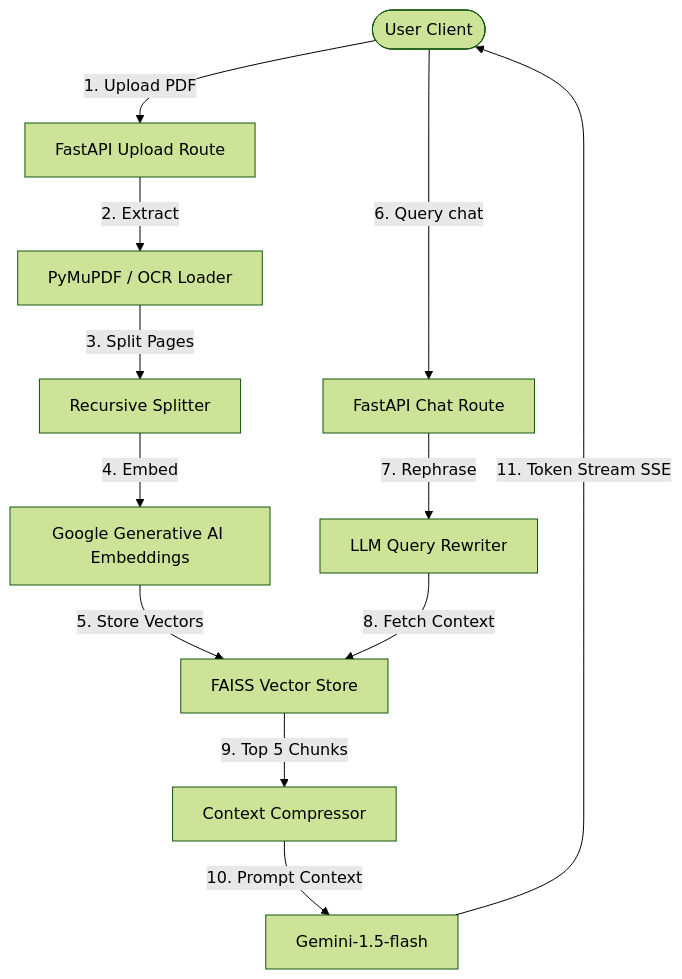
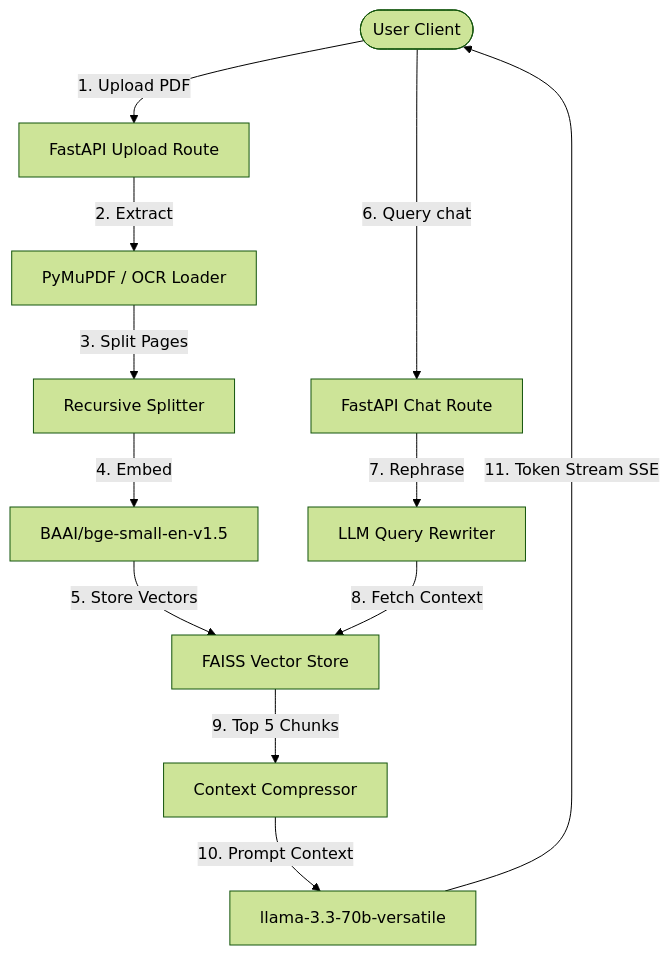
The diagram in README.md (sagar79999/doc_assistant), drawn with Mermaid (forest theme) before and after one commit. The commit also changed other lines of this file, not shown here.

Commit message:
Update README with API and embedding changes
Updated the API reference from Google Gemini to Groq and modified the embedding model to BAAI/bge-small-en-v1.5.

````diff
--- a/README.md
+++ b/README.md
@@ -11,15 +11,15 @@
 ```mermaid
 graph TD
     User([User Client]) -->|1. Upload PDF| API[FastAPI Upload Route]
     API -->|2. Extract| Loader[PyMuPDF / OCR Loader]
     Loader -->|3. Split Pages| Chunk[Recursive Splitter]
-    Chunk -->|4. Embed| Embedding[Google Generative AI Embeddings]
+    Chunk -->|4. Embed| Embedding[BAAI/bge-small-en-v1.5]
     Embedding -->|5. Store Vectors| FAISS[FAISS Vector Store]
     
     User -->|6. Query chat| ChatRoute[FastAPI Chat Route]
     ChatRoute -->|7. Rephrase| Rewriter[LLM Query Rewriter]
     Rewriter -->|8. Fetch Context| FAISS
     FAISS -->|9. Top 5 Chunks| Comp[Context Compressor]
-    Comp -->|10. Prompt Context| LLM[Gemini-1.5-flash]
+    Comp -->|10. Prompt Context| LLM[llama-3.3-70b-versatile]
     LLM -->|11. Token Stream SSE| User
 ```
````
